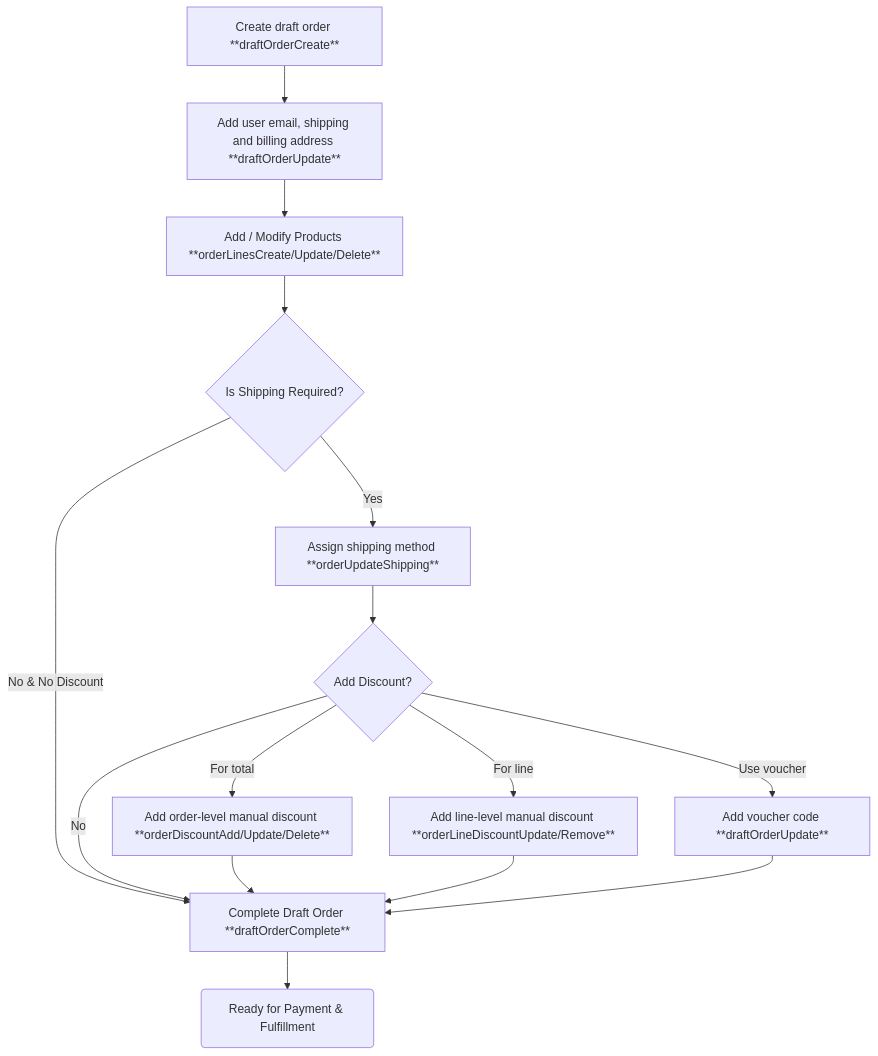
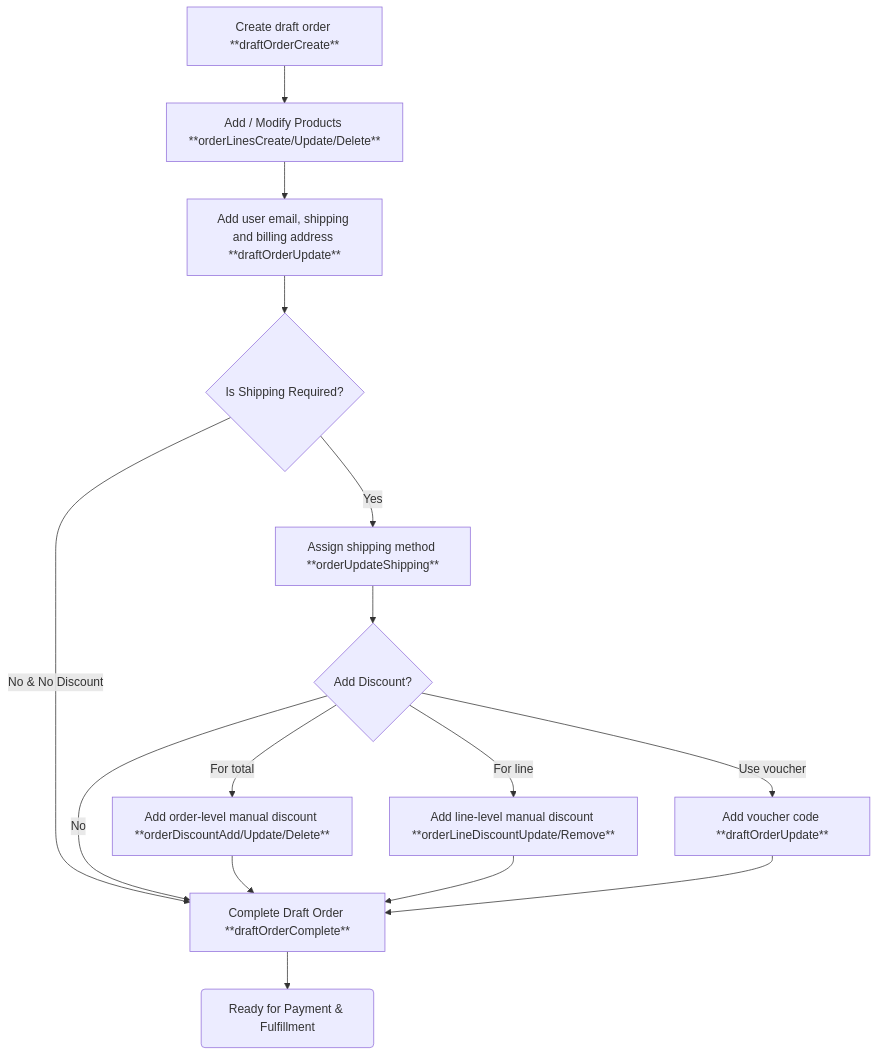
Before and after one commit to saleor/saleor-docs: the diagram in docs/developer/order/draft-order.mdx, drawn with Mermaid. The commit also changed other lines of this file, not shown here.

````diff
--- a/docs/developer/order/draft-order.mdx
+++ b/docs/developer/order/draft-order.mdx
@@ -25,17 +25,17 @@
 ```mermaid
 graph TD
-    A[Create draft order **draftOrderCreate**] --> B[ Add user email, shipping and billing address **draftOrderUpdate**]
-    B --> C[Add / Modify Products **orderLinesCreate/Update/Delete**];
+    A[Create draft order **draftOrderCreate**] --> B[Add / Modify Products **orderLinesCreate/Update/Delete**];
+    B --> C[Add user email, shipping and billing address **draftOrderUpdate**]
     C --> D{Is Shipping Required?};
     D --> | Yes | E[Assign shipping method **orderUpdateShipping**];
     D --> | No & No Discount | F[Complete Draft Order **draftOrderComplete**];
     E --> G{Add Discount?}
     G --> | No | F;
     G --> | For total | H[Add order-level manual discount **orderDiscountAdd/Update/Delete**];
     G --> | For line | I[Add line-level manual discount **orderLineDiscountUpdate/Remove**];
     G --> | Use voucher | J[Add voucher code **draftOrderUpdate**];
     H --> F;
     I --> F;
     J --> F;
     F --> K(Ready for Payment & Fulfillment)
 ```
````
